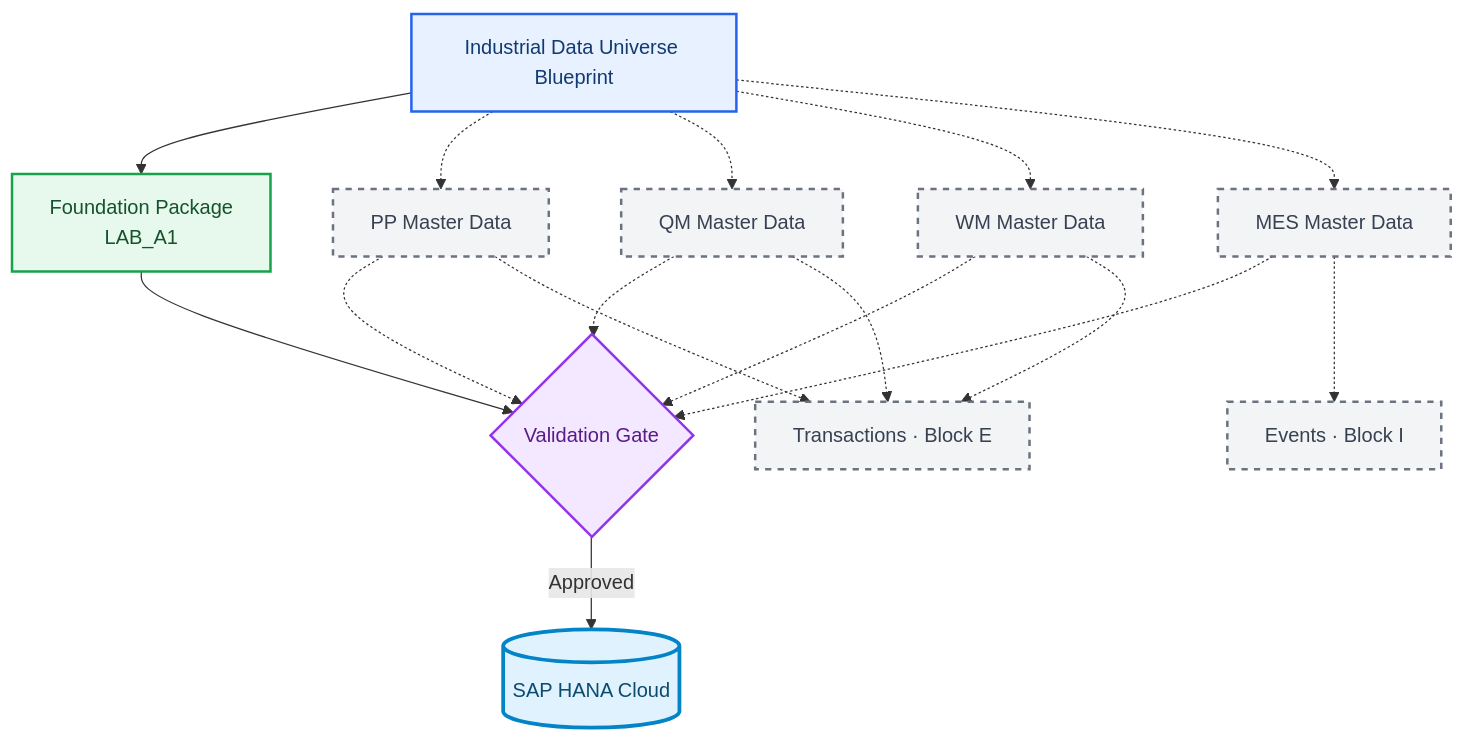
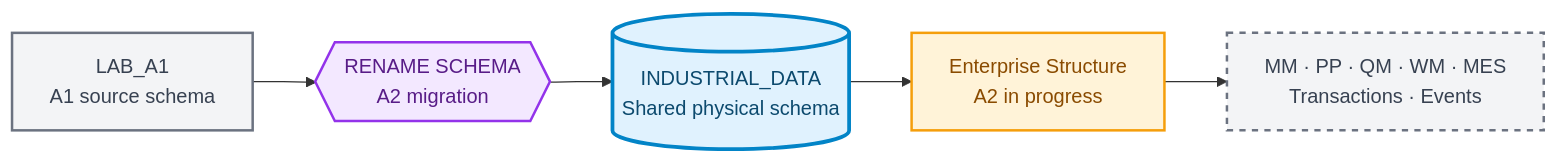
Before and after one commit to OrlandoCaetano2026/SAP_HANA_Cloud_Data_Engineering_Learning: the first of 2 diagrams in Industrial-Data-Universe/Blueprint/EN/industrial-data-universe-blueprint.en.md, drawn with Mermaid. The commit also changed other lines of this file and 2 other files, not shown here.

Commit message:
Update Industrial Data Universe blueprint after schema migration

````diff
--- a/Industrial-Data-Universe/Blueprint/EN/industrial-data-universe-blueprint.en.md
+++ b/Industrial-Data-Universe/Blueprint/EN/industrial-data-universe-blueprint.en.md
@@ -16,29 +26,14 @@
 ```mermaid
-flowchart TB
-    BP["Industrial Data Universe Blueprint"]:::blueprint
-    F["Foundation Package<br/>LAB_A1"]:::active
-    PP["PP Master Data"]:::future
-    QM["QM Master Data"]:::future
-    WM["WM Master Data"]:::future
-    MES["MES Master Data"]:::future
-    TX["Transactions · Block E"]:::future
-    EV["Events · Block I"]:::future
-    V{"Validation Gate"}:::decision
-    H[("SAP HANA Cloud")]:::hana
-
-    BP --> F --> V -->|"Approved"| H
-    BP -.-> PP -.-> V
-    BP -.-> QM -.-> V
-    BP -.-> WM -.-> V
-    BP -.-> MES -.-> V
-    PP -.-> TX
-    QM -.-> TX
-    WM -.-> TX
-    MES -.-> EV
-
-    classDef blueprint fill:#E8F1FF,stroke:#2563EB,color:#123A70,stroke-width:2px;
-    classDef active fill:#E7F8EC,stroke:#16A34A,color:#14532D,stroke-width:2px;
+flowchart LR
+    OLD["LAB_A1<br/>A1 source schema"]:::previous
+    MIG{{"RENAME SCHEMA<br/>A2 migration"}}:::migration
+    NEW[("INDUSTRIAL_DATA<br/>Shared physical schema")]:::current
+    ES["Enterprise Structure<br/>A2 in progress"]:::next
+    FUT["MM · PP · QM · WM · MES<br/>Transactions · Events"]:::future
+    OLD --> MIG --> NEW --> ES --> FUT
+    classDef previous fill:#F3F4F6,stroke:#6B7280,color:#374151,stroke-width:2px;
+    classDef migration fill:#F3E8FF,stroke:#9333EA,color:#581C87,stroke-width:2px;
+    classDef current fill:#E0F2FE,stroke:#0284C7,color:#0C4A6E,stroke-width:3px;
+    classDef next fill:#FFF3D8,stroke:#F59E0B,color:#8A4B00,stroke-width:2px;
     classDef future fill:#F3F4F6,stroke:#6B7280,color:#374151,stroke-width:2px,stroke-dasharray:5 5;
-    classDef decision fill:#F3E8FF,stroke:#9333EA,color:#581C87,stroke-width:2px;
-    classDef hana fill:#E0F2FE,stroke:#0284C7,color:#0C4A6E,stroke-width:3px;
 ```
````
